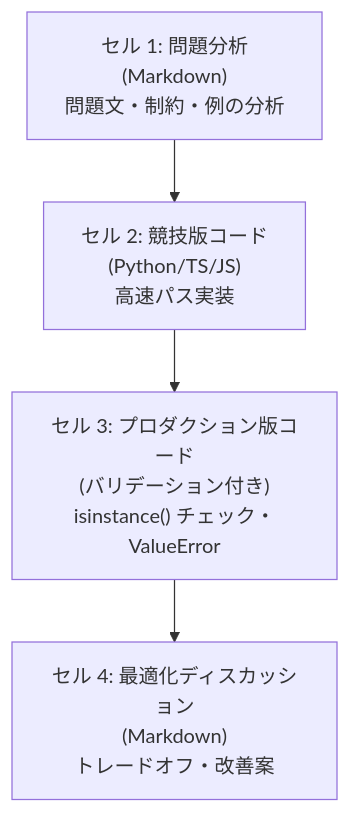
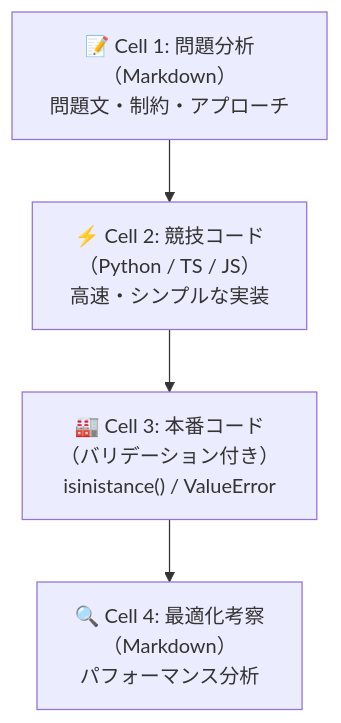
One commit to myoshi2891/Algorithm-DataStructures-Math-SQL changed the eighth of 8 diagrams in README.md. Above: the diagram before and after it, drawn with Mermaid. The commit also changed other lines of this file, not shown here.

````diff
--- a/README.md
+++ b/README.md
@@ -568,9 +469,9 @@
 ```mermaid
 flowchart TD
-    CELL1["セル 1: 問題分析<br>(Markdown)<br>問題文・制約・例の分析"]
-    CELL2["セル 2: 競技版コード<br>(Python/TS/JS)<br>高速パス実装"]
-    CELL3["セル 3: プロダクション版コード<br>(バリデーション付き)<br>isinstance() チェック・ValueError"]
-    CELL4["セル 4: 最適化ディスカッション<br>(Markdown)<br>トレードオフ・改善案"]
+    CELL1["📝 Cell 1: 問題分析<br>（Markdown）<br>問題文・制約・アプローチ"]
+    CELL2["⚡ Cell 2: 競技コード<br>（Python / TS / JS）<br>高速・シンプルな実装"]
+    CELL3["🏭 Cell 3: 本番コード<br>（バリデーション付き）<br>isinistance() / ValueError"]
+    CELL4["🔍 Cell 4: 最適化考察<br>（Markdown）<br>パフォーマンス分析"]
 
     CELL1 --> CELL2 --> CELL3 --> CELL4
 ```
````
